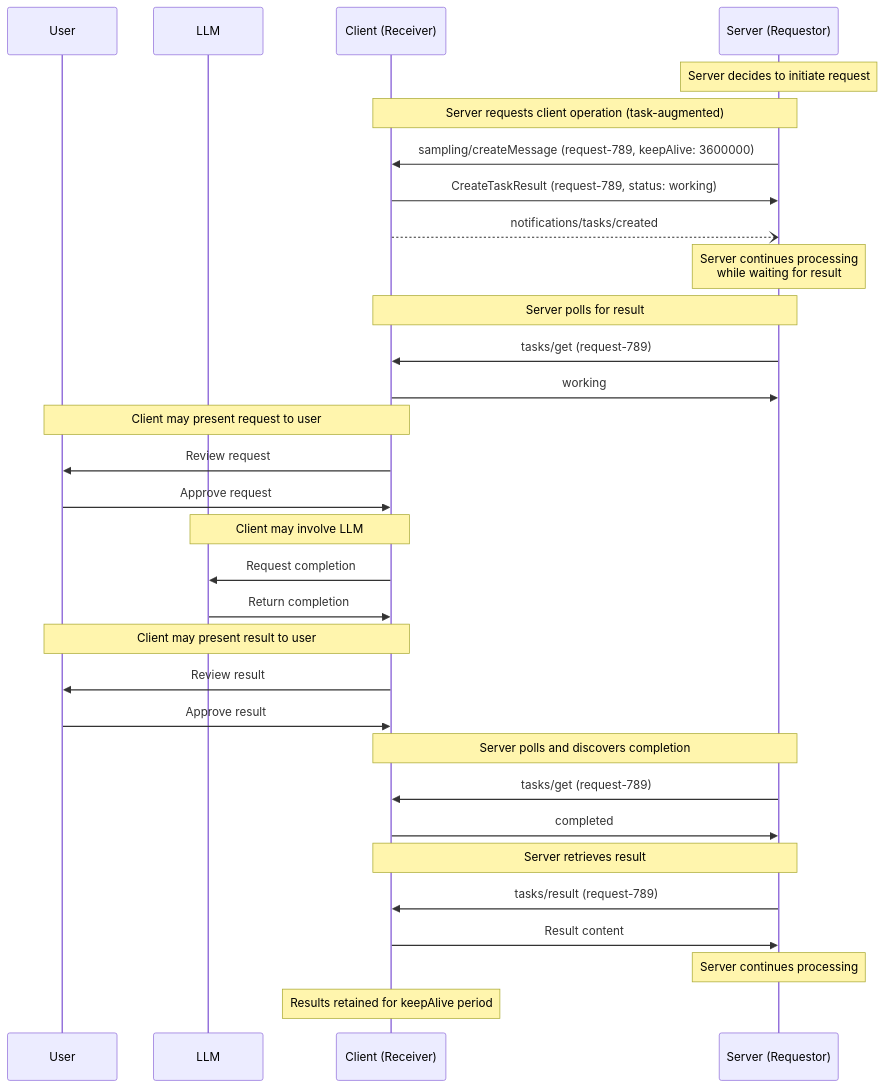
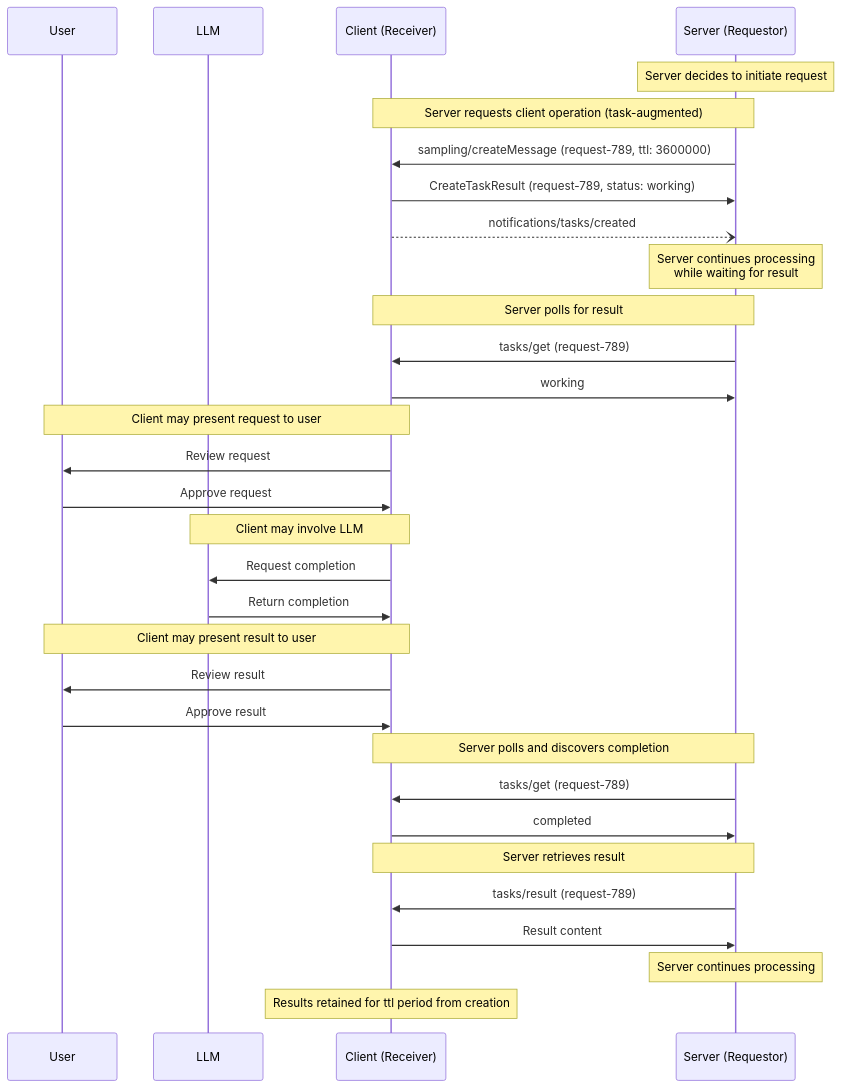
The fourth of 6 diagrams in docs/specification/draft/basic/utilities/tasks.mdx (scottslewis/modelcontextprotocol), drawn with Mermaid before and after one commit. The commit also changed other lines of this file and 3 other files, not shown here.

````diff
--- a/docs/specification/draft/basic/utilities/tasks.mdx
+++ b/docs/specification/draft/basic/utilities/tasks.mdx
@@ -565,44 +570,44 @@
 ```mermaid
 sequenceDiagram
     participant U as User
     participant LLM
     participant C as Client (Receiver)
     participant S as Server (Requestor)
 
     Note over S: Server decides to initiate request
 
     Note over S,C: Server requests client operation (task-augmented)
-    S->>C: sampling/createMessage (request-789, keepAlive: 3600000)
+    S->>C: sampling/createMessage (request-789, ttl: 3600000)
     C->>S: CreateTaskResult (request-789, status: working)
     C--)S: notifications/tasks/created
 
     Note over S: Server continues processing<br/>while waiting for result
 
     Note over S,C: Server polls for result
     S->>C: tasks/get (request-789)
     C->>S: working
 
     Note over C,U: Client may present request to user
     C->>U: Review request
     U->>C: Approve request
 
     Note over C,LLM: Client may involve LLM
     C->>LLM: Request completion
     LLM->>C: Return completion
 
     Note over C,U: Client may present result to user
     C->>U: Review result
     U->>C: Approve result
 
     Note over S,C: Server polls and discovers completion
     S->>C: tasks/get (request-789)
     C->>S: completed
 
     Note over S,C: Server retrieves result
     S->>C: tasks/result (request-789)
     C->>S: Result content
 
     Note over S: Server continues processing
 
-    Note over C: Results retained for keepAlive period
+    Note over C: Results retained for ttl period from creation
 ```
````
